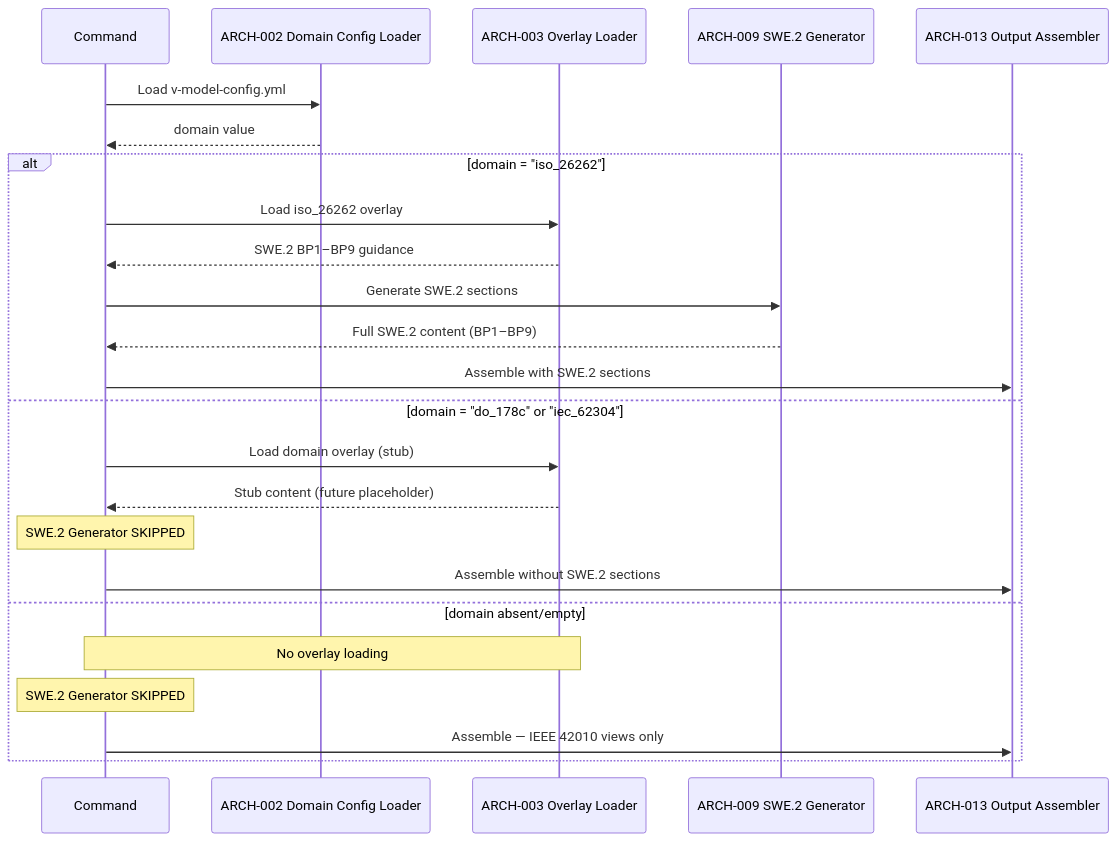
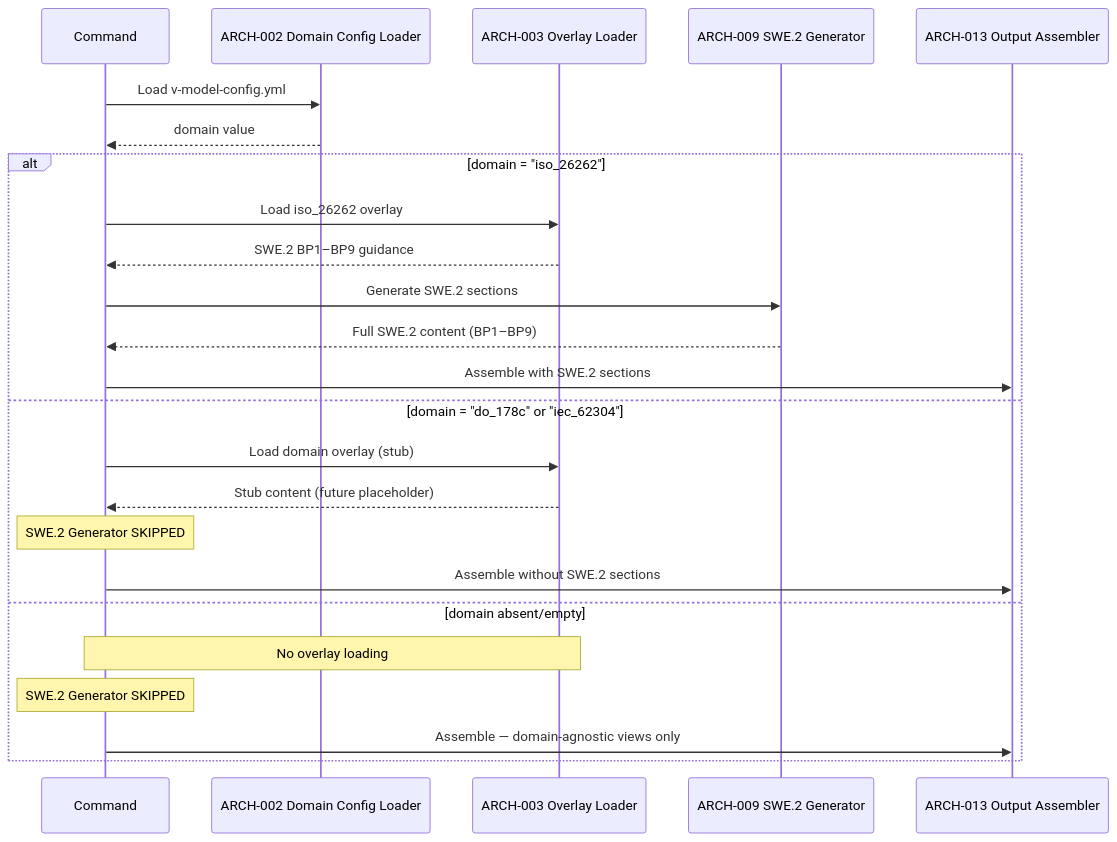
One commit to leocamello/spec-kit-v-model changed the second of 2 diagrams in specs/007-software-architecture-design/v-model/software-architecture-design.md. Above: the diagram before and after it, drawn with Mermaid. The commit also changed other lines of this file and 2 other files, not shown here.

````diff
--- a/specs/007-software-architecture-design/v-model/software-architecture-design.md
+++ b/specs/007-software-architecture-design/v-model/software-architecture-design.md
@@ -125,28 +123,28 @@
 ```mermaid
 sequenceDiagram
     participant CMD as Command
     participant A002 as ARCH-002 Domain Config Loader
     participant A003 as ARCH-003 Overlay Loader
     participant A009 as ARCH-009 SWE.2 Generator
     participant A013 as ARCH-013 Output Assembler
 
     CMD->>A002: Load v-model-config.yml
     A002-->>CMD: domain value
 
     alt domain = "iso_26262"
         CMD->>A003: Load iso_26262 overlay
         A003-->>CMD: SWE.2 BP1–BP9 guidance
         CMD->>A009: Generate SWE.2 sections
         A009-->>CMD: Full SWE.2 content (BP1–BP9)
         CMD->>A013: Assemble with SWE.2 sections
     else domain = "do_178c" or "iec_62304"
         CMD->>A003: Load domain overlay (stub)
         A003-->>CMD: Stub content (future placeholder)
         Note over CMD: SWE.2 Generator SKIPPED
         CMD->>A013: Assemble without SWE.2 sections
     else domain absent/empty
         Note over CMD,A003: No overlay loading
         Note over CMD: SWE.2 Generator SKIPPED
-        CMD->>A013: Assemble — IEEE 42010 views only
+        CMD->>A013: Assemble — domain-agnostic views only
     end
 ```
````
